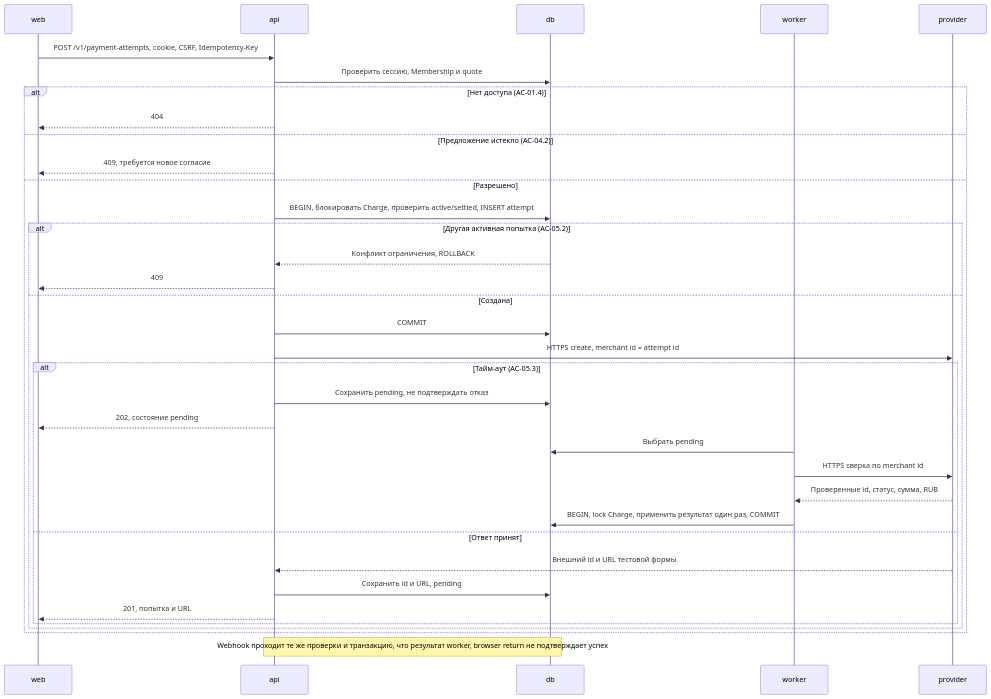
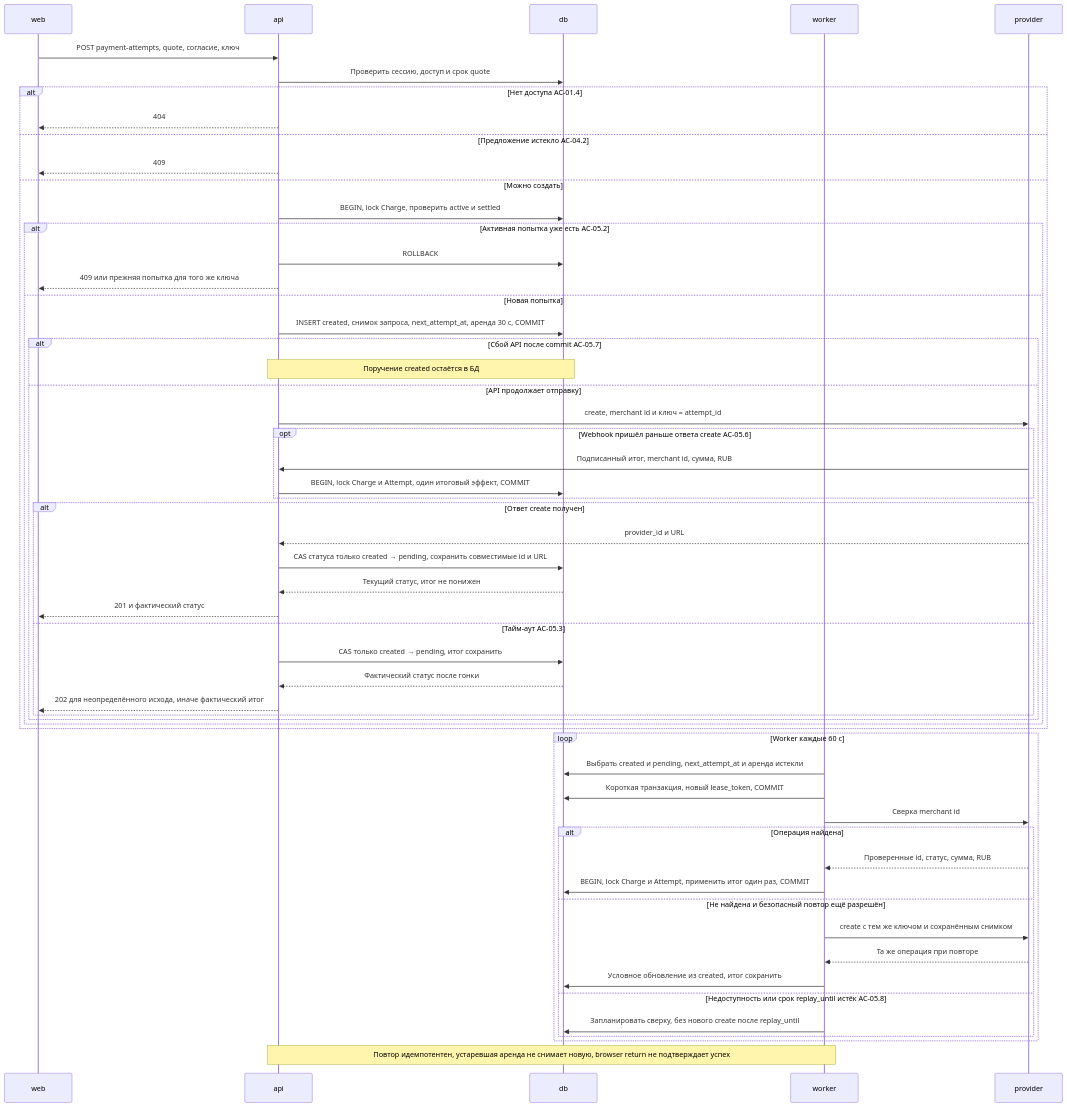
One commit to PerkaHub/home changed the diagram in docs/architecture/sequence/create-payment.mmd. Above: the diagram before and after it, drawn with Mermaid. The commit also changed 29 other files, not shown here.

```diff
--- a/docs/architecture/sequence/create-payment.mmd
+++ b/docs/architecture/sequence/create-payment.mmd
@@ -1,35 +1,56 @@
 sequenceDiagram
  participant web
  participant api
  participant db
  participant worker
  participant provider
- web->>api: POST /v1/payment-attempts, cookie, CSRF, Idempotency-Key
- api->>db: Проверить сессию, Membership и quote
- alt Нет доступа (AC-01.4)
+ web->>api: POST payment-attempts, quote, согласие, ключ
+ api->>db: Проверить сессию, доступ и срок quote
+ alt Нет доступа AC-01.4
   api-->>web: 404
- else Предложение истекло (AC-04.2)
-  api-->>web: 409, требуется новое согласие
- else Разрешено
-  api->>db: BEGIN, блокировать Charge, проверить active/settled, INSERT attempt
-  alt Другая активная попытка (AC-05.2)
-   db-->>api: Конфликт ограничения, ROLLBACK
-   api-->>web: 409
-  else Создана
-   api->>db: COMMIT
-   api->>provider: HTTPS create, merchant id = attempt id
-   alt Тайм-аут (AC-05.3)
-    api->>db: Сохранить pending, не подтверждать отказ
-    api-->>web: 202, состояние pending
-    worker->>db: Выбрать pending
-    worker->>provider: HTTPS сверка по merchant id
-    provider-->>worker: Проверенные id, статус, сумма, RUB
-    worker->>db: BEGIN, lock Charge, применить результат один раз, COMMIT
-   else Ответ принят
-    provider-->>api: Внешний id и URL тестовой формы
-    api->>db: Сохранить id и URL, pending
-    api-->>web: 201, попытка и URL
+ else Предложение истекло AC-04.2
+  api-->>web: 409
+ else Можно создать
+  api->>db: BEGIN, lock Charge, проверить active и settled
+  alt Активная попытка уже есть AC-05.2
+   api->>db: ROLLBACK
+   api-->>web: 409 или прежняя попытка для того же ключа
+  else Новая попытка
+   api->>db: INSERT created, снимок запроса, next_attempt_at, аренда 30 с, COMMIT
+   alt Сбой API после commit AC-05.7
+    Note over api,db: Поручение created остаётся в БД
+   else API продолжает отправку
+    api->>provider: create, merchant id и ключ = attempt_id
+    opt Webhook пришёл раньше ответа create AC-05.6
+     provider->>api: Подписанный итог, merchant id, сумма, RUB
+     api->>db: BEGIN, lock Charge и Attempt, один итоговый эффект, COMMIT
+    end
+    alt Ответ create получен
+     provider-->>api: provider_id и URL
+     api->>db: CAS статуса только created → pending, сохранить совместимые id и URL
+     db-->>api: Текущий статус, итог не понижен
+     api-->>web: 201 и фактический статус
+    else Тайм-аут AC-05.3
+     api->>db: CAS только created → pending, итог сохранить
+     db-->>api: Фактический статус после гонки
+     api-->>web: 202 для неопределённого исхода, иначе фактический итог
+    end
    end
   end
  end
- Note over api,db: Webhook проходит те же проверки и транзакцию, что результат worker, browser return не подтверждает успех
+ loop Worker каждые 60 с
+  worker->>db: Выбрать created и pending, next_attempt_at и аренда истекли
+  worker->>db: Короткая транзакция, новый lease_token, COMMIT
+  worker->>provider: Сверка merchant id
+  alt Операция найдена
+   provider-->>worker: Проверенные id, статус, сумма, RUB
+   worker->>db: BEGIN, lock Charge и Attempt, применить итог один раз, COMMIT
+  else Не найдена и безопасный повтор ещё разрешён
+   worker->>provider: create с тем же ключом и сохранённым снимком
+   provider-->>worker: Та же операция при повторе
+   worker->>db: Условное обновление из created, итог сохранить
+  else Недоступность или срок replay_until истёк AC-05.8
+   worker->>db: Запланировать сверку, без нового create после replay_until
+  end
+ end
+ Note over api,worker: Повтор идемпотентен, устаревшая аренда не снимает новую, browser return не подтверждает успех
```
